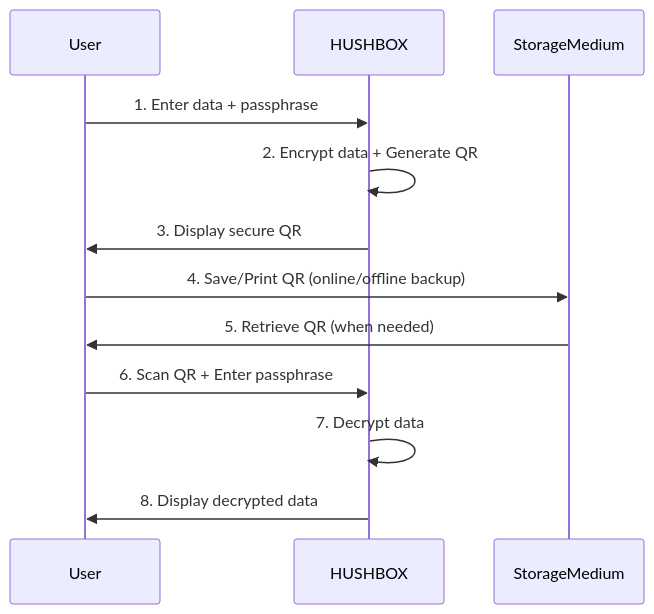
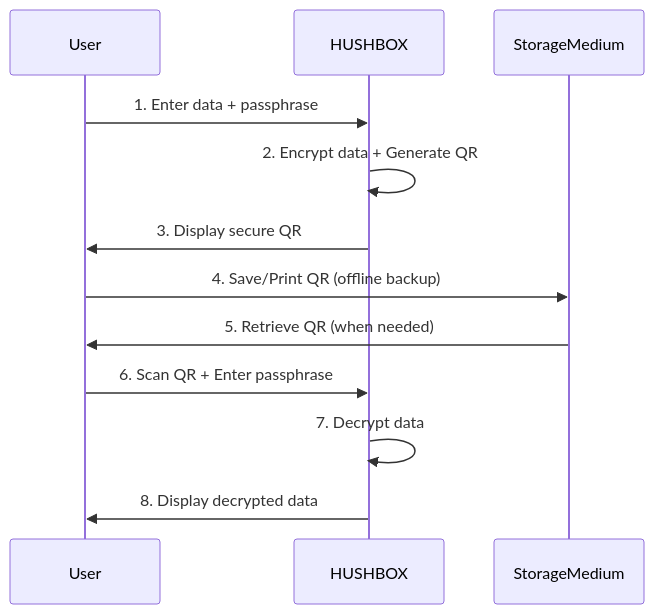
One commit to MPetovick/HUSHBOX changed the fourth of 10 diagrams in README.md. Above: the diagram before and after it, drawn with Mermaid. The commit also changed other lines of this file, not shown here.

````diff
--- a/README.md
+++ b/README.md
@@ -67,15 +147,15 @@
 ```mermaid
 sequenceDiagram
     participant User
     participant HUSHBOX
     participant StorageMedium
 
     User->>HUSHBOX: 1. Enter data + passphrase
     HUSHBOX->>HUSHBOX: 2. Encrypt data + Generate QR
     HUSHBOX->>User: 3. Display secure QR
-    User->>StorageMedium: 4. Save/Print QR (online/offline backup)
+    User->>StorageMedium: 4. Save/Print QR (offline backup)
     StorageMedium->>User: 5. Retrieve QR (when needed)
     User->>HUSHBOX: 6. Scan QR + Enter passphrase
     HUSHBOX->>HUSHBOX: 7. Decrypt data
     HUSHBOX->>User: 8. Display decrypted data
 ```
````
